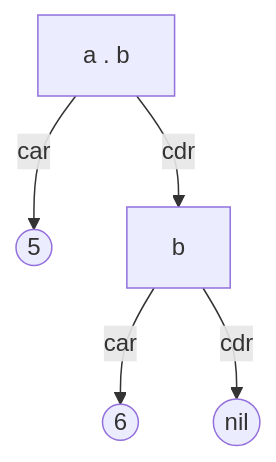
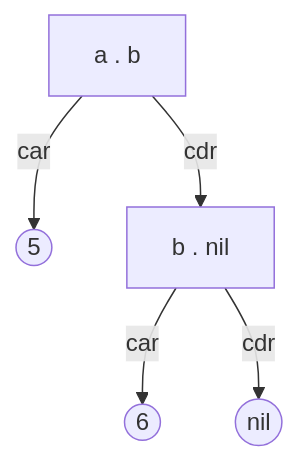
The third of 4 diagrams in Lisp入门/1-lisp.org (atlisp-org/atlisp-docs), drawn with Mermaid before and after one commit. The commit also changed other lines of this file, not shown here.

```diff
--- a/Lisp入门/1-lisp.org
+++ b/Lisp入门/1-lisp.org
@@ -124,7 +124,7 @@
 #+begin_src mermaid
   graph TD;   
   A[ a . b ]-->|car|B((5));
-  A-->|cdr|C[b];
+  A-->|cdr|C[ b . nil];
   C-->|car|D((6));
   C-->|cdr|E((nil));    
 #+end_src
```
